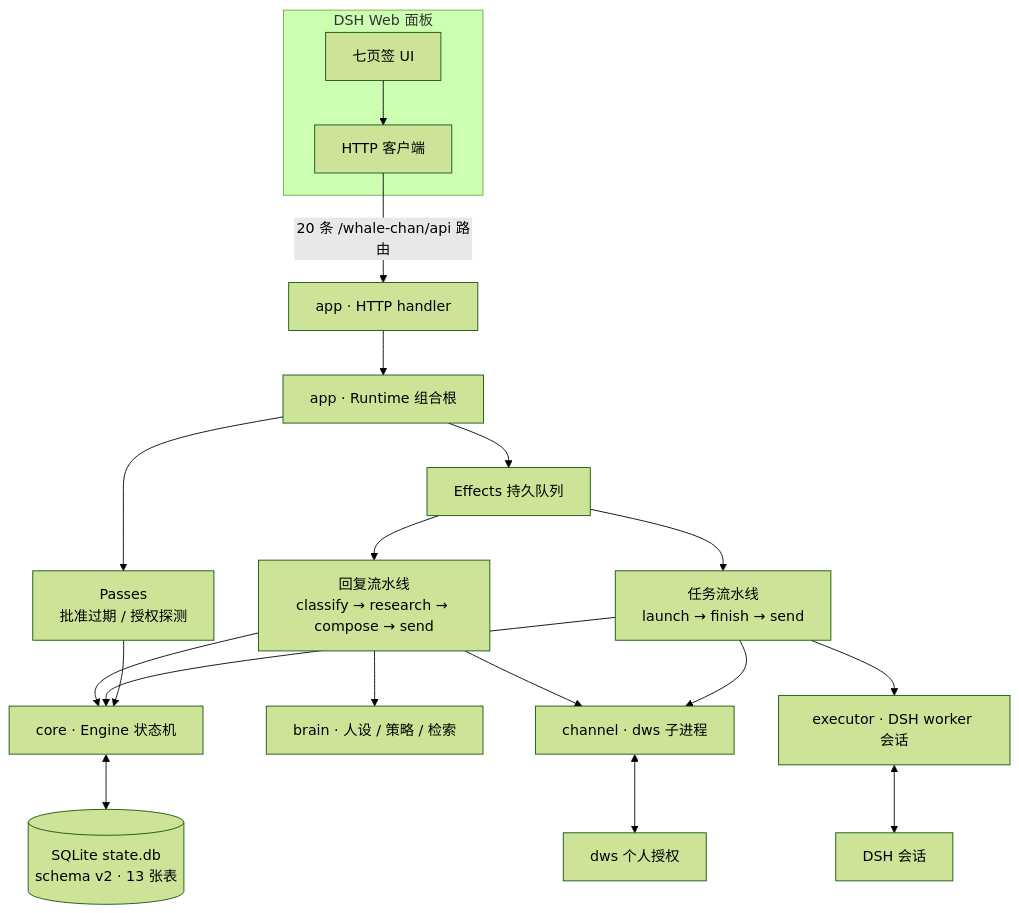
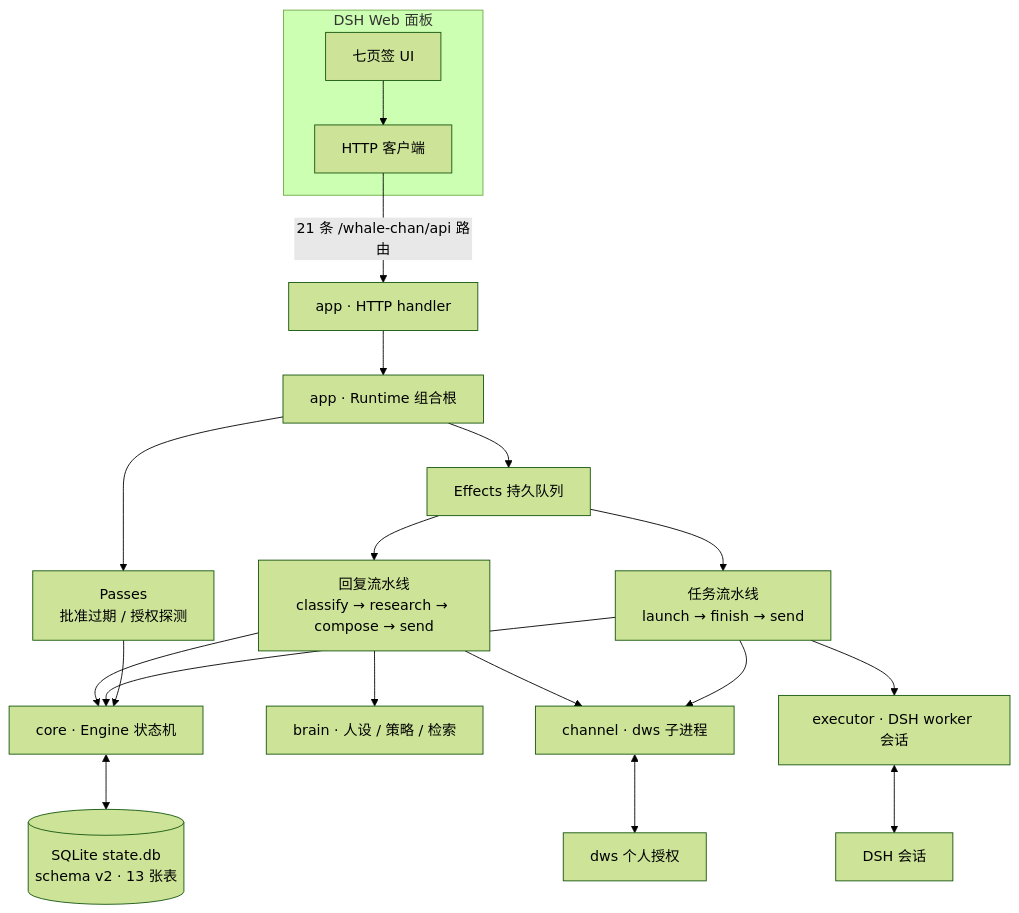
The diagram in README.md (Yeying-official/dsh-whale-chan), drawn with Mermaid (forest theme) before and after one commit. The commit also changed other lines of this file and 15 other files, not shown here.

````diff
--- a/README.md
+++ b/README.md
@@ -61,23 +62,23 @@
 ```mermaid
 flowchart TB
   subgraph Client["DSH Web 面板"]
     UI["七页签 UI"] --> API["HTTP 客户端"]
   end
 
-  API -->|"20 条 /whale-chan/api 路由"| HTTP["app · HTTP handler"]
+  API -->|"21 条 /whale-chan/api 路由"| HTTP["app · HTTP handler"]
   HTTP --> RT["app · Runtime 组合根"]
   RT --> EFF["Effects 持久队列"]
   RT --> PASS["Passes<br/>批准过期 / 授权探测"]
   EFF --> FLOW["回复流水线<br/>classify → research → compose → send"]
   EFF --> TASK["任务流水线<br/>launch → finish → send"]
   FLOW --> CORE["core · Engine 状态机"]
   TASK --> CORE
   CORE <--> DB[("SQLite state.db<br/>schema v2 · 13 张表")]
   FLOW --> BRAIN["brain · 人设 / 策略 / 检索"]
   TASK --> EXEC["executor · DSH worker 会话"]
   FLOW --> CH["channel · dws 子进程"]
   TASK --> CH
   CH <--> DWS["dws 个人授权"]
   EXEC <--> SESS["DSH 会话"]
   PASS --> CORE
 ```
````
